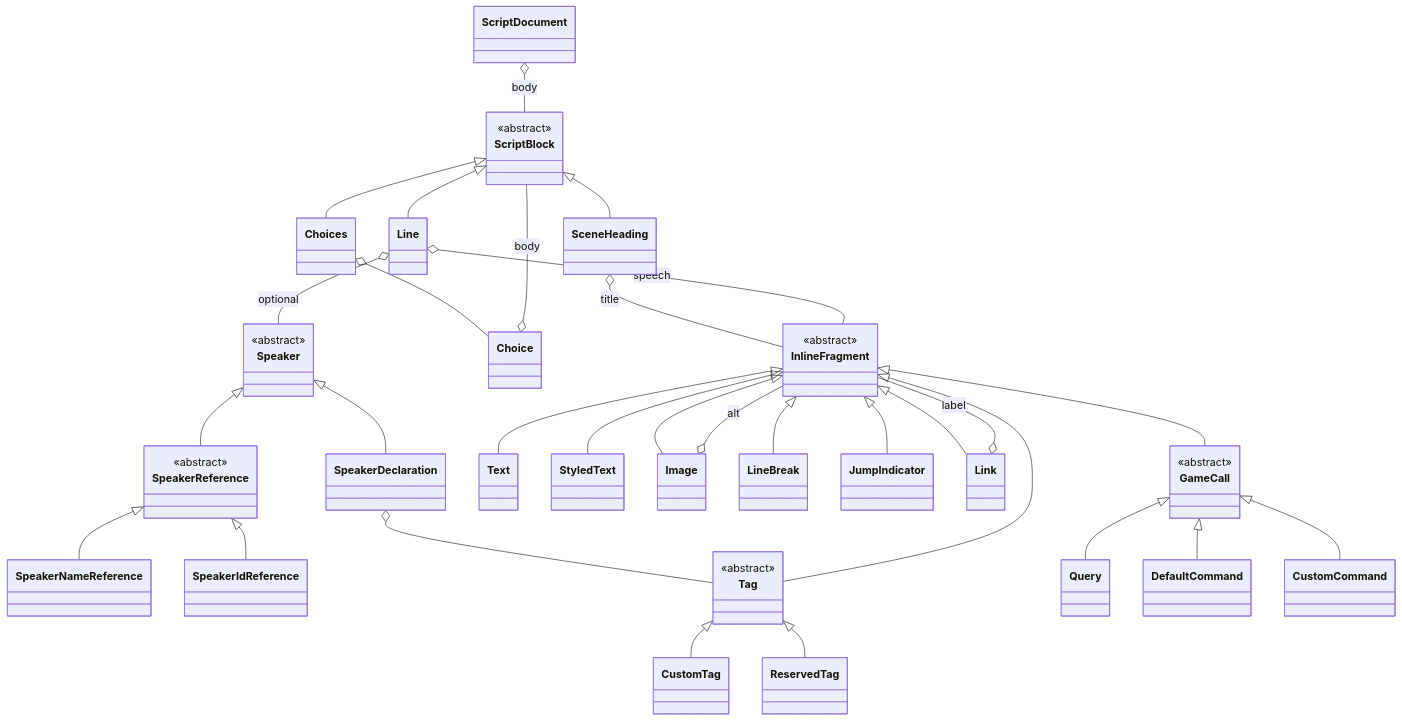
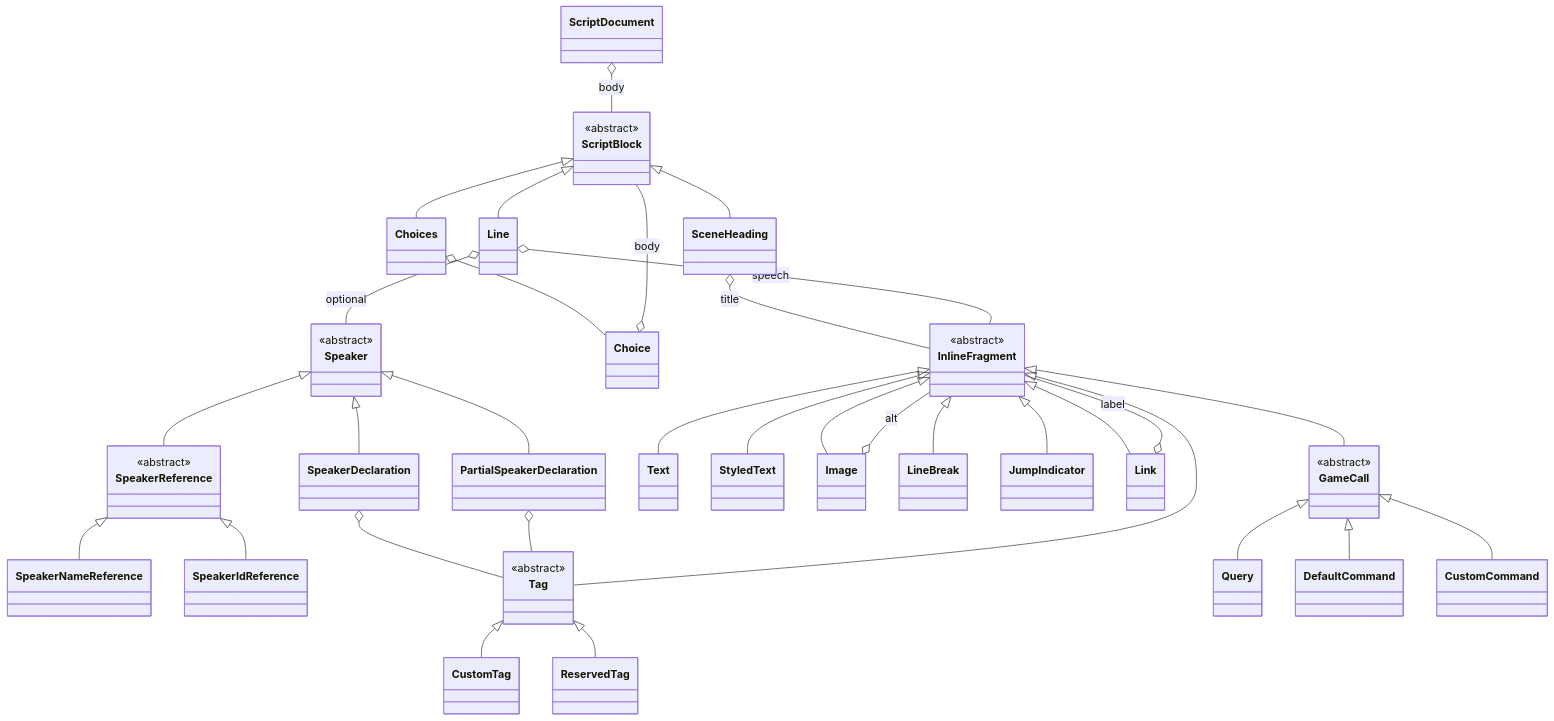
Before and after one commit to pengzhengyi/godot-dialoguedown: the second of 2 diagrams in docs/Implementation Notes/Markdown to Dialogue AST Transpiler.md, drawn with Mermaid. The commit also changed other lines of this file, not shown here.

````diff
--- a/docs/Implementation Notes/Markdown to Dialogue AST Transpiler.md
+++ b/docs/Implementation Notes/Markdown to Dialogue AST Transpiler.md
@@ -215,71 +215,74 @@
 ```mermaid
 classDiagram
     class ScriptDocument
     class ScriptBlock {
         <<abstract>>
     }
     class SceneHeading
     class Line
     class Speaker {
         <<abstract>>
     }
     class SpeakerDeclaration
     class SpeakerReference {
         <<abstract>>
     }
     class SpeakerNameReference
     class SpeakerIdReference
+    class PartialSpeakerDeclaration
     class Choices
     class Choice
     class Tag {
         <<abstract>>
     }
     class CustomTag
     class ReservedTag
 
     class InlineFragment {
         <<abstract>>
     }
     class Text
     class StyledText
     class Image
     class LineBreak
     class JumpIndicator
     class Link
     class GameCall {
         <<abstract>>
     }
     class Query
     class DefaultCommand
     class CustomCommand
 
     ScriptDocument o-- ScriptBlock : body
     ScriptBlock <|-- Line
     ScriptBlock <|-- Choices
     ScriptBlock <|-- SceneHeading
     SceneHeading o-- InlineFragment : title
     Line o-- Speaker : optional
     Line o-- InlineFragment : speech
     Image o-- InlineFragment : alt
     Link o-- InlineFragment : label
     Choices o-- Choice
     Choice o-- ScriptBlock : body
     SpeakerDeclaration o-- Tag
     Speaker <|-- SpeakerDeclaration
     Speaker <|-- SpeakerReference
+    Speaker <|-- PartialSpeakerDeclaration
+    PartialSpeakerDeclaration o-- Tag
     SpeakerReference <|-- SpeakerNameReference
     SpeakerReference <|-- SpeakerIdReference
     InlineFragment <|-- Text
     InlineFragment <|-- StyledText
     InlineFragment <|-- Image
     InlineFragment <|-- LineBreak
     InlineFragment <|-- JumpIndicator
     InlineFragment <|-- Link
     InlineFragment <|-- Tag
     InlineFragment <|-- GameCall
     GameCall <|-- Query
     GameCall <|-- DefaultCommand
     GameCall <|-- CustomCommand
     Tag <|-- CustomTag
     Tag <|-- ReservedTag
 ```
````
